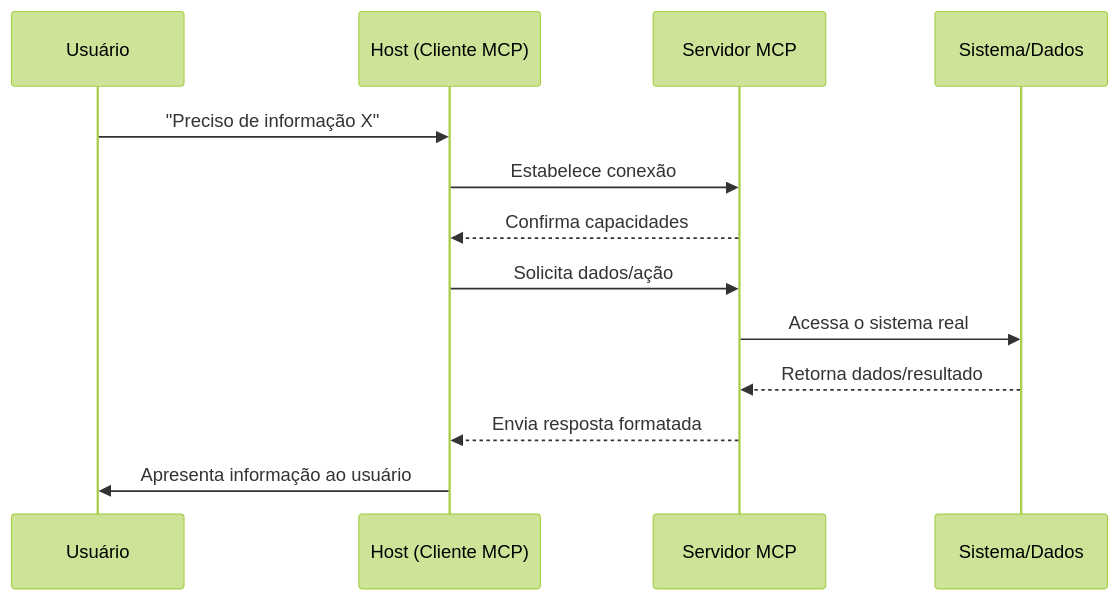
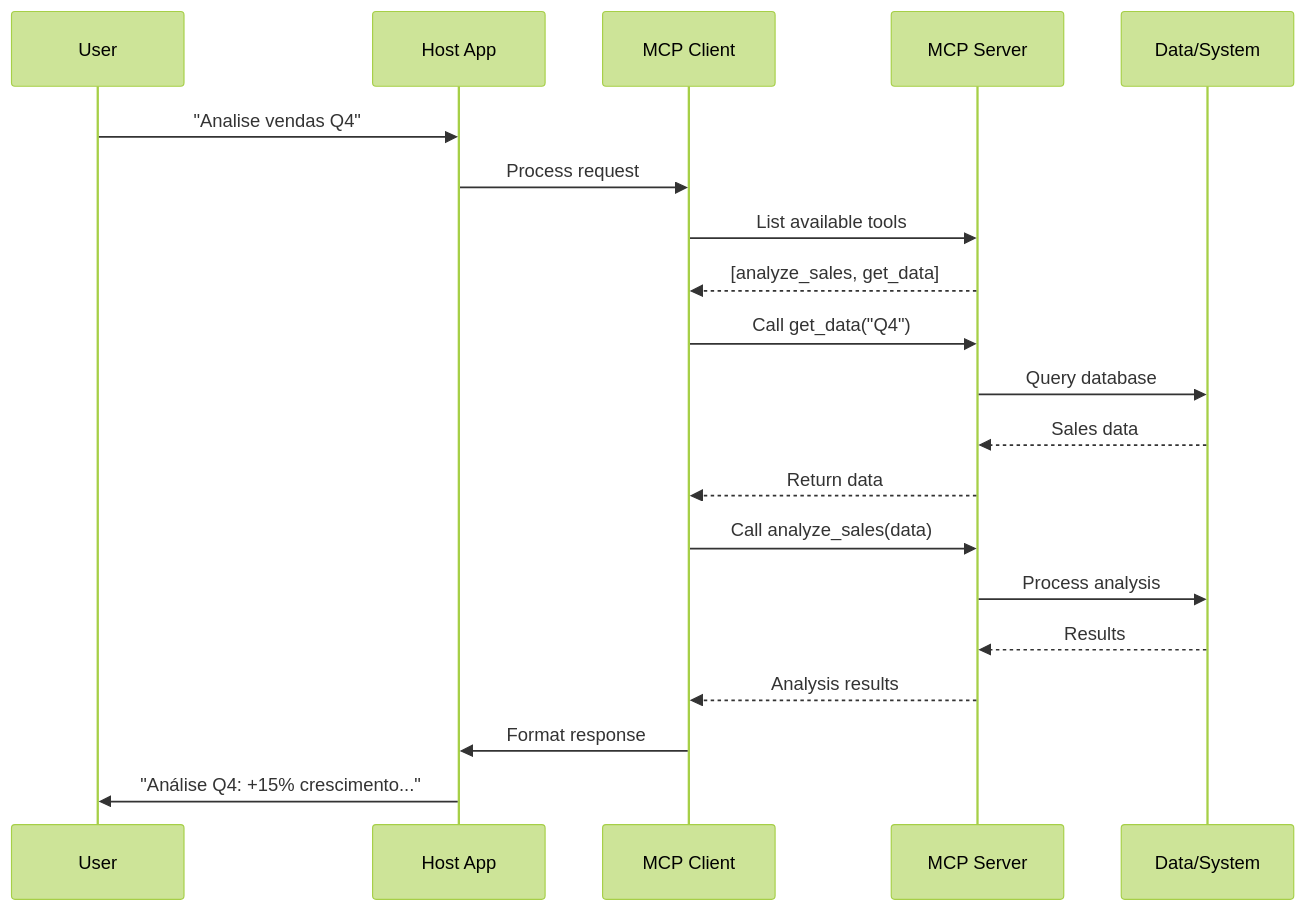
Before and after one commit to felipepimentel/my-public-notes: diagram 16 of 26 in AI/Comunicação/MCP/00-mcp-presentation-zero to hero.md, drawn with Mermaid (forest theme). The commit also changed other lines of this file, not shown here.

````diff
--- a/AI/Comunicação/MCP/00-mcp-presentation-zero to hero.md
+++ b/AI/Comunicação/MCP/00-mcp-presentation-zero to hero.md
@@ -229,15 +556,26 @@
 ```mermaid
 sequenceDiagram
-    participant U as Usuário
-    participant H as Host (Cliente MCP)
-    participant S as Servidor MCP
-    participant D as Sistema/Dados
-    U->>H: "Preciso de informação X"
-    H->>S: Estabelece conexão
-    S-->>H: Confirma capacidades
-    H->>S: Solicita dados/ação
-    S->>D: Acessa o sistema real
-    D-->>S: Retorna dados/resultado
-    S-->>H: Envia resposta formatada
-    H->>U: Apresenta informação ao usuário
+    participant U as User
+    participant H as Host App
+    participant C as MCP Client
+    participant S as MCP Server
+    participant D as Data/System
+    
+    U->>H: "Analise vendas Q4"
+    H->>C: Process request
+    C->>S: List available tools
+    S-->>C: [analyze_sales, get_data]
+    
+    C->>S: Call get_data("Q4")
+    S->>D: Query database
+    D-->>S: Sales data
+    S-->>C: Return data
+    
+    C->>S: Call analyze_sales(data)
+    S->>D: Process analysis
+    D-->>S: Results
+    S-->>C: Analysis results
+    
+    C->>H: Format response
+    H->>U: "Análise Q4: +15% crescimento..."
 ```
````
